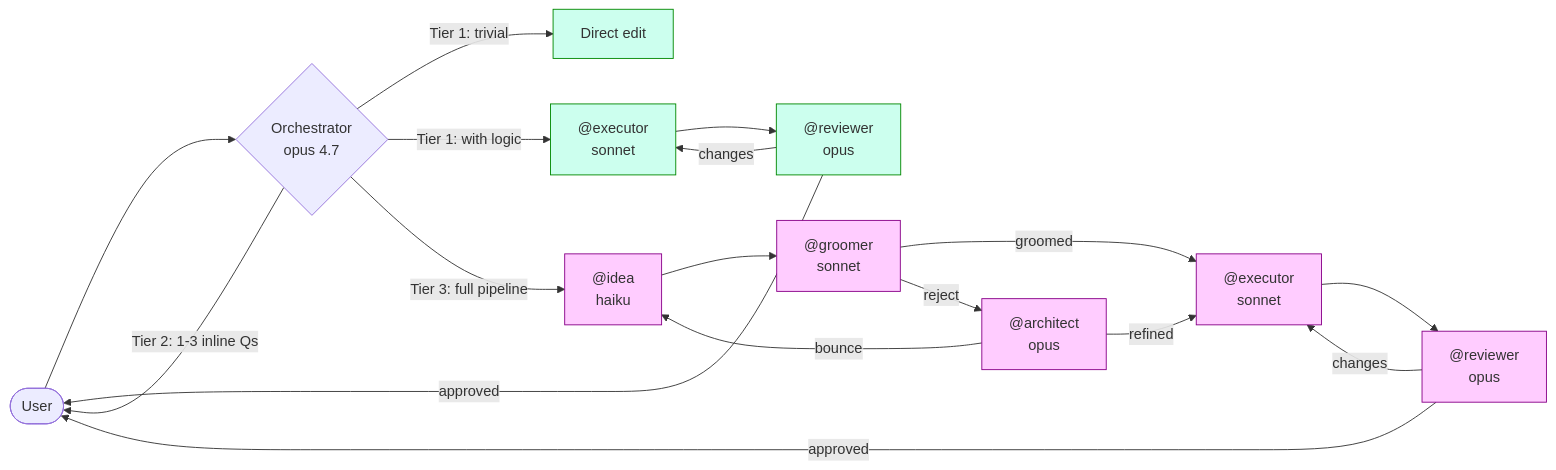
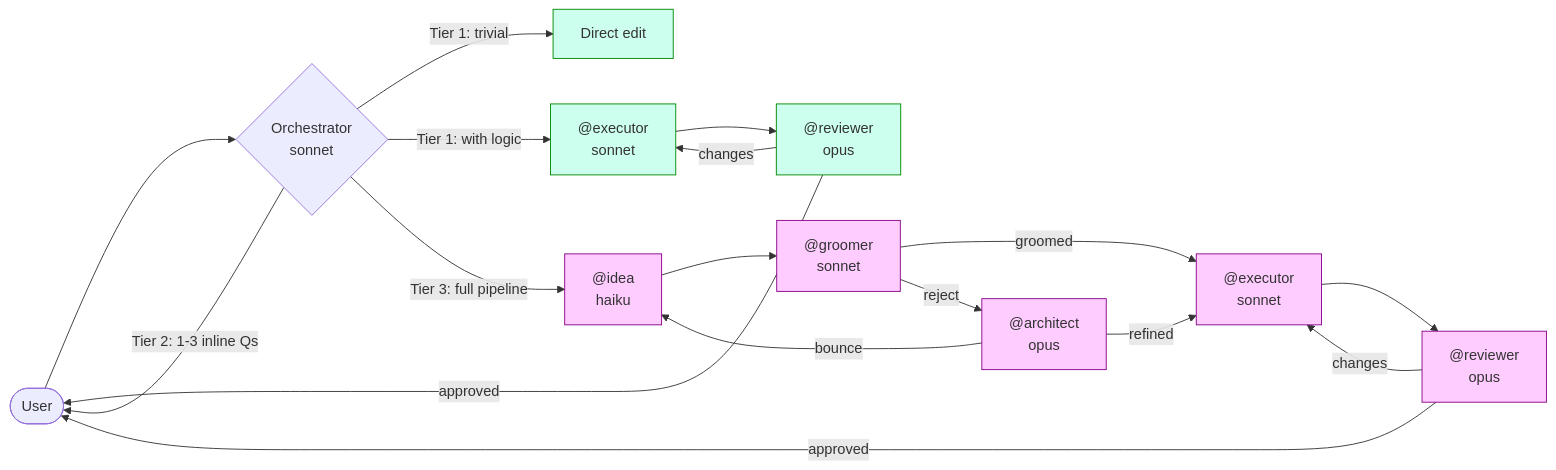
One commit to suchakra/claude-workflow.md changed the first of 5 diagrams in ARCHITECTURE.md. Above: the diagram before and after it, drawn with Mermaid. The commit also changed other lines of this file and 15 other files, not shown here.

First line of the commit message:
Update orchestrator to sonnet; refresh diagrams and strip version pins

````diff
--- a/ARCHITECTURE.md
+++ b/ARCHITECTURE.md
@@ -11,24 +11,24 @@
 ```mermaid
 flowchart LR
-    U([User]) --> O{Orchestrator<br/>opus 4.7}
+    U([User]) --> O{Orchestrator<br/>sonnet}
     O -- Tier 1: trivial --> A1[Direct edit]
     O -- Tier 1: with logic --> EX1["@executor<br/>sonnet"]
     O -- Tier 2: 1-3 inline Qs --> U
     O -- Tier 3: full pipeline --> ID["@idea<br/>haiku"]
     ID --> GR["@groomer<br/>sonnet"]
     GR -- groomed --> EX2["@executor<br/>sonnet"]
     GR -- reject --> AR["@architect<br/>opus"]
     AR -- refined --> EX2
     AR -- bounce --> ID
     EX1 --> RV1["@reviewer<br/>opus"]
     EX2 --> RV2["@reviewer<br/>opus"]
     RV1 -- approved --> U
     RV2 -- approved --> U
     RV1 -- changes --> EX1
     RV2 -- changes --> EX2
 
     classDef tier1 fill:#cfe,stroke:#080;
     classDef tier3 fill:#fcf,stroke:#808;
     class A1,EX1,RV1 tier1;
     class ID,GR,AR,EX2,RV2 tier3;
 ```
````
